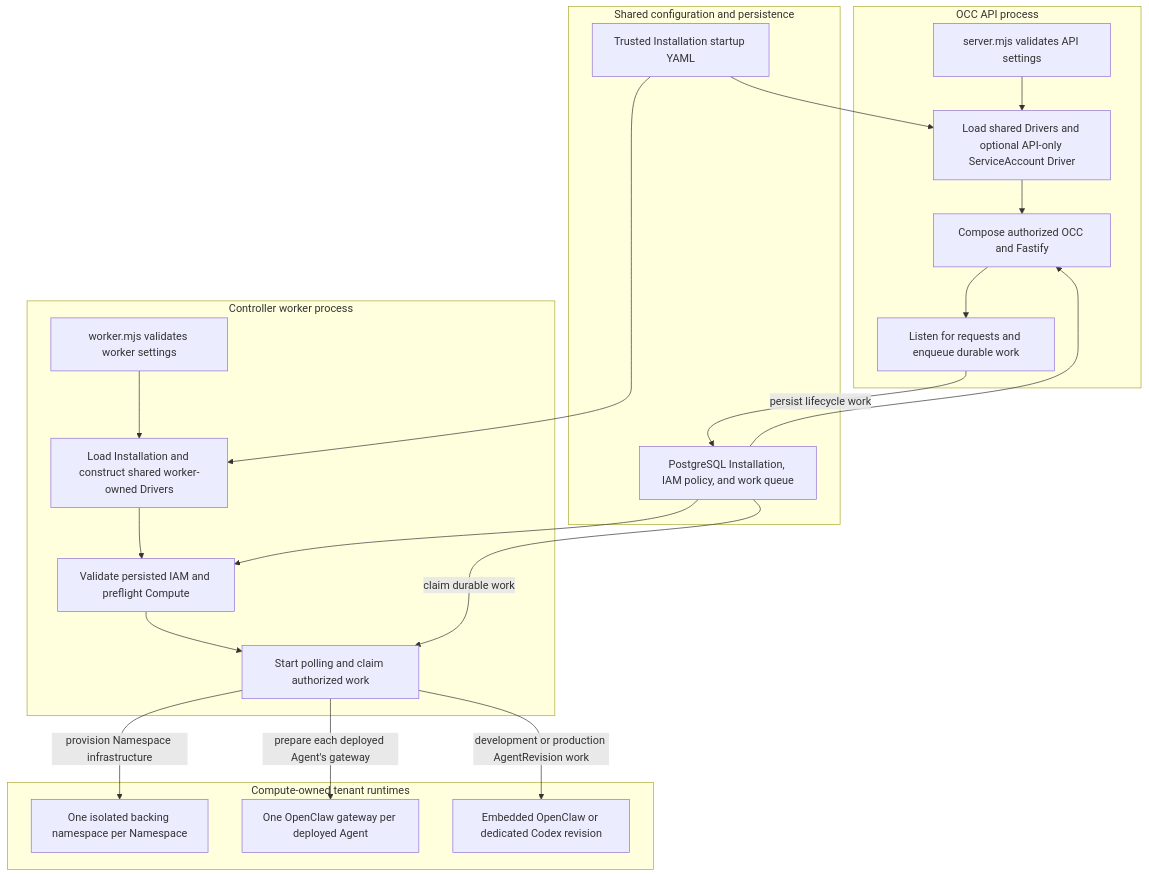
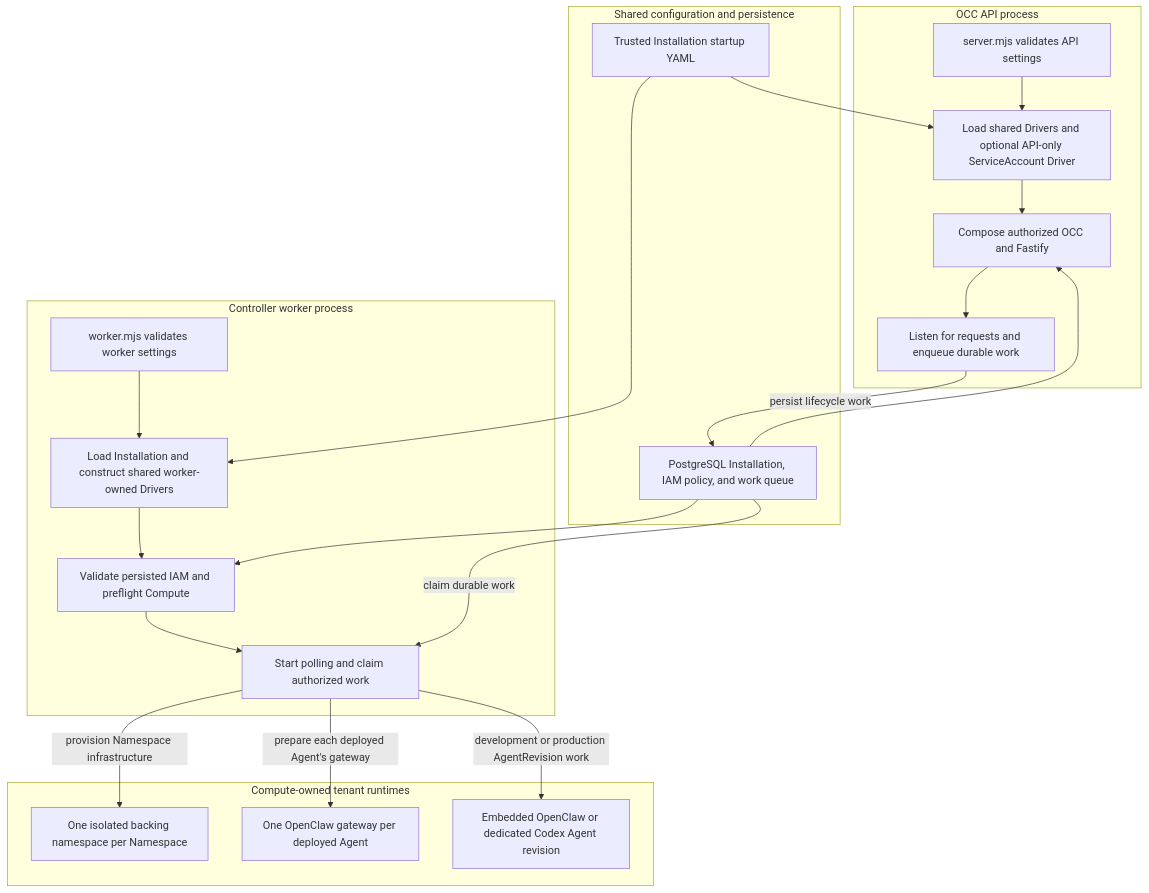
One commit to openclaw/openclaw-enterprise changed the diagram in docs/flows/platform-startup.md. Above: the diagram before and after it, drawn with Mermaid. The commit also changed other lines of this file and 198 other files, not shown here.

````diff
--- a/docs/flows/platform-startup.md
+++ b/docs/flows/platform-startup.md
@@ -41,35 +41,35 @@
 ```mermaid
 graph TD
   subgraph Shared["Shared configuration and persistence"]
     Y["Trusted Installation startup YAML"]
     D["PostgreSQL Installation, IAM policy, and work queue"]
   end
 
   subgraph API["OCC API process"]
     A["server.mjs validates API settings"] --> B["Load shared Drivers and optional API-only ServiceAccount Driver"]
     B --> C["Compose authorized OCC and Fastify"]
     C --> E["Listen for requests and enqueue durable work"]
   end
 
   subgraph Worker["Controller worker process"]
     F["worker.mjs validates worker settings"] --> G["Load Installation and construct shared worker-owned Drivers"]
     G --> H["Validate persisted IAM and preflight Compute"]
     H --> I["Start polling and claim authorized work"]
   end
 
   subgraph Runtime["Compute-owned tenant runtimes"]
     N["One isolated backing namespace per Namespace"]
     J["One OpenClaw gateway per deployed Agent"]
-    K["Embedded OpenClaw or dedicated Codex revision"]
+    K["Embedded OpenClaw or dedicated Codex Agent revision"]
   end
 
   Y --> B
   Y --> G
   D --> C
   D --> H
   E -->|persist lifecycle work| D
   D -->|claim durable work| I
   I -->|provision Namespace infrastructure| N
   I -->|prepare each deployed Agent's gateway| J
   I -->|development or production AgentRevision work| K
 ```
````
